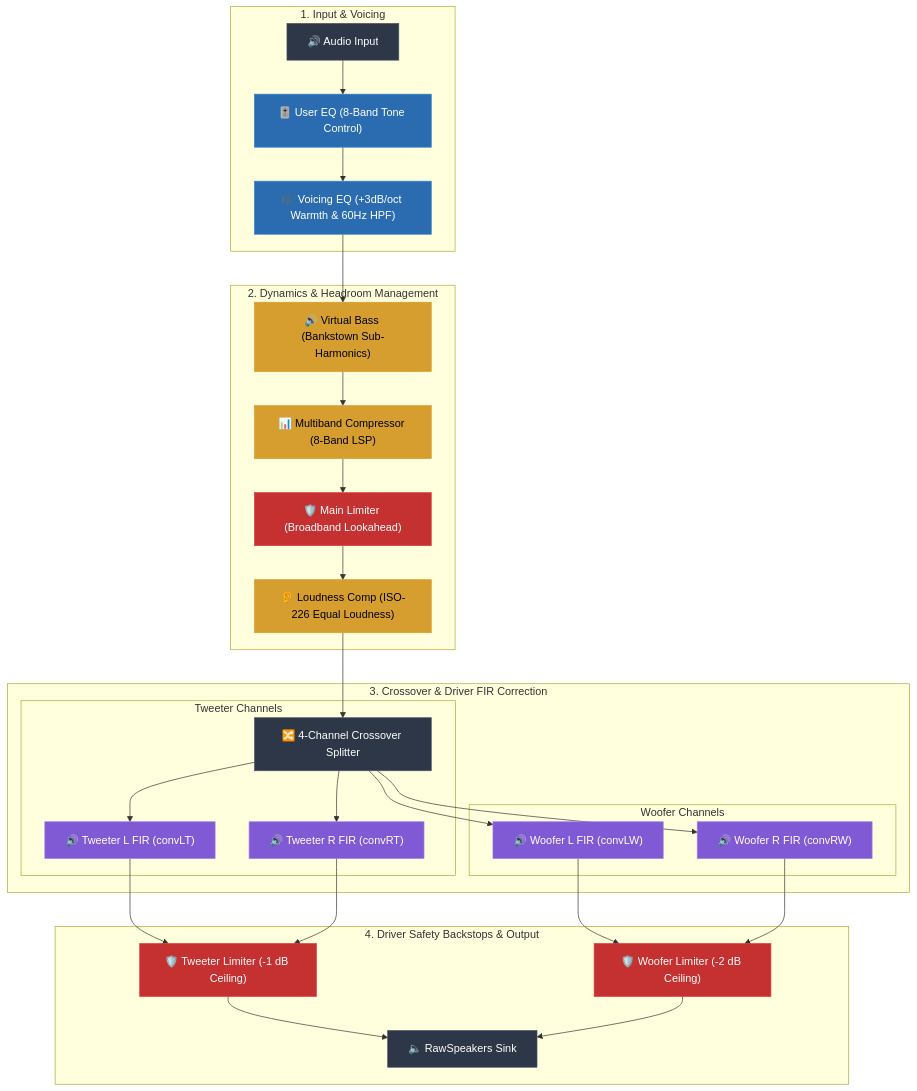
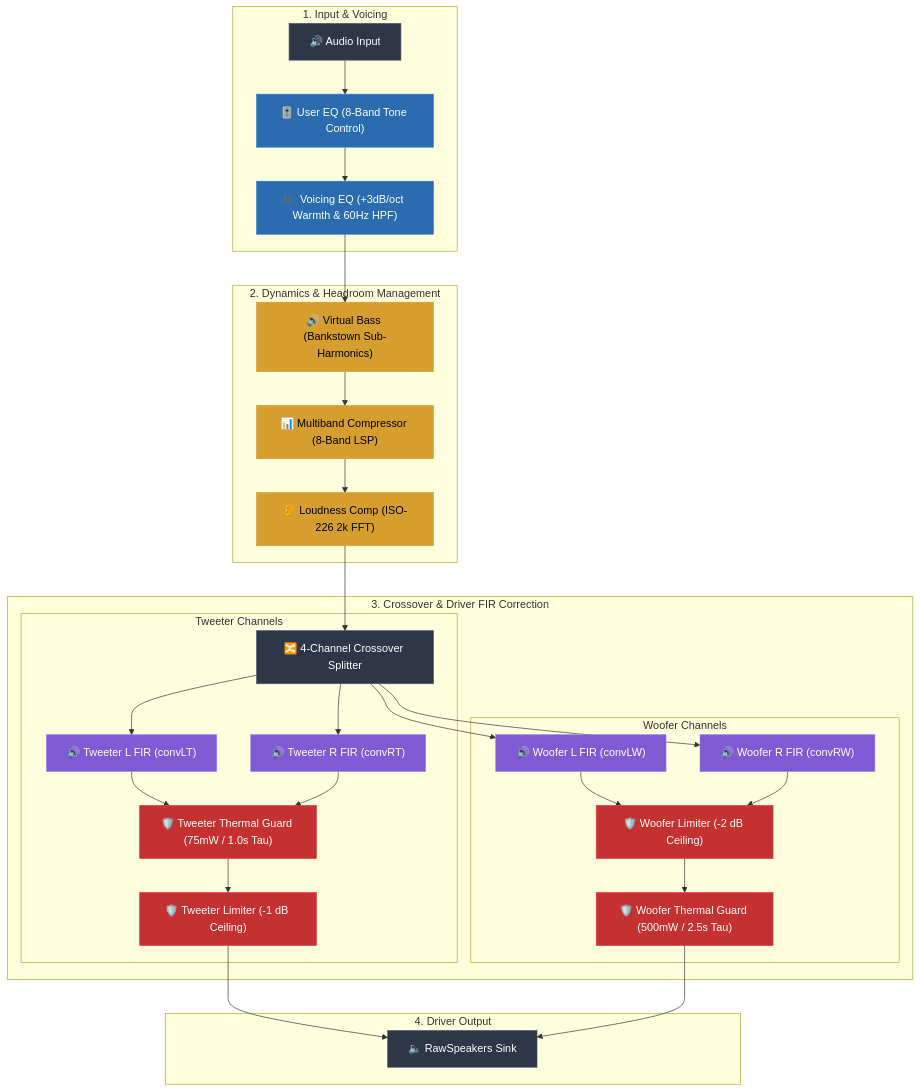
One commit to mynameisdeleted/mbp15-1-audio-dsp changed the diagram in README.md. Above: the diagram before and after it, drawn with Mermaid. The commit also changed other lines of this file and 1 other file, not shown here.

Commit message:
feat: add dual woofer (500mW) & tweeter (75mW) virtual thermal guards and document in README with disclaimer

````diff
--- a/README.md
+++ b/README.md
@@ -33,44 +34,44 @@
 ```mermaid
 flowchart TD
     subgraph Stage1 ["1. Input & Voicing"]
         In["🔊 Audio Input"]:::input --> UserEQ["🎚️ User EQ (8-Band Tone Control)"]:::eq
         UserEQ --> EQ["🎼 Voicing EQ (+3dB/oct Warmth & 60Hz HPF)"]:::eq
     end
 
     subgraph Stage2 ["2. Dynamics & Headroom Management"]
         EQ --> VB["🔊 Virtual Bass (Bankstown Sub-Harmonics)"]:::dynamics
         VB --> MBComp["📊 Multiband Compressor (8-Band LSP)"]:::dynamics
-        MBComp --> Limiter["🛡️ Main Limiter (Broadband Lookahead)"]:::limiter
-        Limiter --> LoudComp["👂 Loudness Comp (ISO-226 Equal Loudness)"]:::dynamics
+        MBComp --> LoudComp["👂 Loudness Comp (ISO-226 2k FFT)"]:::dynamics
     end
 
     subgraph Stage3 ["3. Crossover & Driver FIR Correction"]
         LoudComp --> Copy["🔀 4-Channel Crossover Splitter"]:::input
         
         subgraph Tweeters ["Tweeter Channels"]
             Copy --> ConvLT["🔊 Tweeter L FIR (convLT)"]:::fir
             Copy --> ConvRT["🔊 Tweeter R FIR (convRT)"]:::fir
+            ConvLT --> TGuard["🛡️ Tweeter Thermal Guard (75mW / 1.0s Tau)"]:::limiter
+            ConvRT --> TGuard
+            TGuard --> TLim["🛡️ Tweeter Limiter (-1 dB Ceiling)"]:::limiter
         end
         
         subgraph Woofers ["Woofer Channels"]
             Copy --> ConvLW["🔊 Woofer L FIR (convLW)"]:::fir
             Copy --> ConvRW["🔊 Woofer R FIR (convRW)"]:::fir
+            ConvLW --> WLim["🛡️ Woofer Limiter (-2 dB Ceiling)"]:::limiter
+            ConvRW --> WLim
+            WLim --> WGuard["🛡️ Woofer Thermal Guard (500mW / 2.5s Tau)"]:::limiter
         end
     end
 
-    subgraph Stage4 ["4. Driver Safety Backstops & Output"]
-        ConvLT --> TLim["🛡️ Tweeter Limiter (-1 dB Ceiling)"]:::limiter
-        ConvRT --> TLim
-        ConvLW --> WLim["🛡️ Woofer Limiter (-2 dB Ceiling)"]:::limiter
-        ConvRW --> WLim
-
+    subgraph Stage4 ["4. Driver Output"]
         TLim --> Out["🔈 RawSpeakers Sink"]:::input
-        WLim --> Out
+        WGuard --> Out
     end
 
     classDef input fill:#2d3748,stroke:#4a5568,color:#fff;
     classDef eq fill:#2b6cb0,stroke:#3182ce,color:#fff;
     classDef dynamics fill:#d69e2e,stroke:#d69e2e,color:#000;
     classDef fir fill:#805ad5,stroke:#9f7aea,color:#fff;
     classDef limiter fill:#c53030,stroke:#e53e3e,color:#fff;
 ```
````
